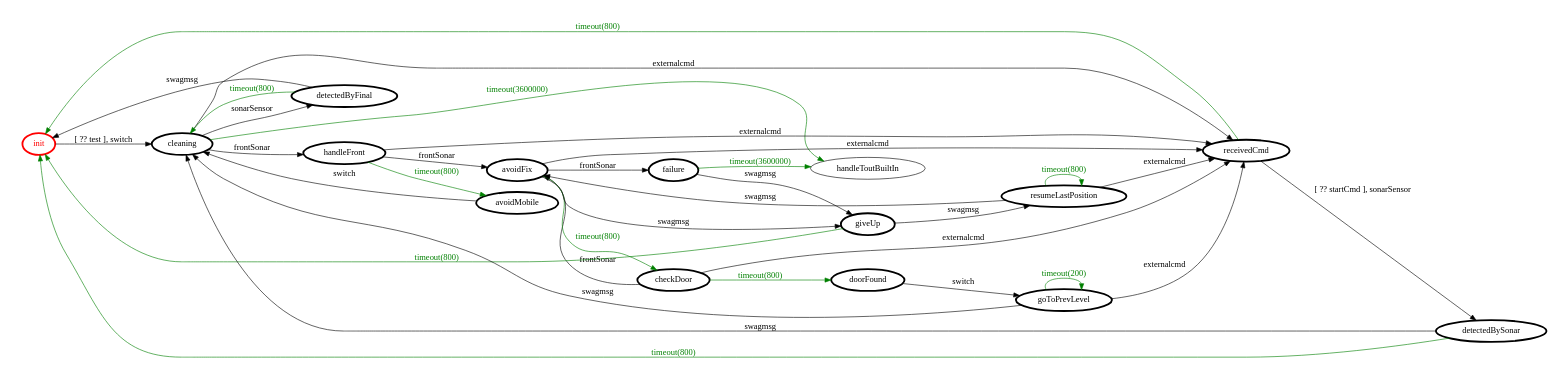
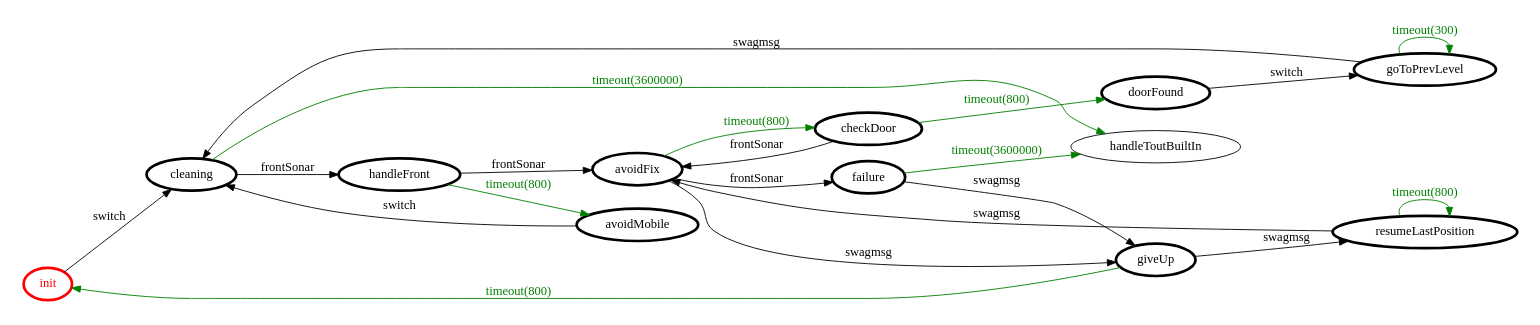
One commit to FFrabetti/ProgettoISS_relazione changed the diagram in it.unibo.finalTask2018/srcMore/it/unibo/swag4/swag4.gv. Above: the diagram before and after it, drawn with Graphviz. The commit also changed 22 other files, not shown here.

```diff
--- a/it.unibo.finalTask2018/srcMore/it/unibo/swag4/swag4.gv
+++ b/it.unibo.finalTask2018/srcMore/it/unibo/swag4/swag4.gv
@@ -1,60 +1,44 @@
 /*
 *
 * A GraphViz DOT FSM description 
 * Please use a GraphViz visualizer (like http://www.webgraphviz.com)
 *  
 */
 
 digraph finite_state_machine {
 	rankdir=LR
 	size="8,5"
 	
 	init [ color = red ][ fontcolor = red ][ penwidth = 3 ]
 	cleaning [ color = black ][ fontcolor = black ][ penwidth = 3 ]
+	avoidFix [ color = black ][ fontcolor = black ][ penwidth = 3 ]
 	handleFront [ color = black ][ fontcolor = black ][ penwidth = 3 ]
-	detectedByFinal [ color = black ][ fontcolor = black ][ penwidth = 3 ]
-	checkDoor [ color = black ][ fontcolor = black ][ penwidth = 3 ]
-	giveUp [ color = black ][ fontcolor = black ][ penwidth = 3 ]
-	avoidFix [ color = black ][ fontcolor = black ][ penwidth = 3 ]
 	failure [ color = black ][ fontcolor = black ][ penwidth = 3 ]
 	goToPrevLevel [ color = black ][ fontcolor = black ][ penwidth = 3 ]
 	resumeLastPosition [ color = black ][ fontcolor = black ][ penwidth = 3 ]
+	checkDoor [ color = black ][ fontcolor = black ][ penwidth = 3 ]
 	doorFound [ color = black ][ fontcolor = black ][ penwidth = 3 ]
-	detectedBySonar [ color = black ][ fontcolor = black ][ penwidth = 3 ]
-	receivedCmd [ color = black ][ fontcolor = black ][ penwidth = 3 ]
+	giveUp [ color = black ][ fontcolor = black ][ penwidth = 3 ]
 	avoidMobile [ color = black ][ fontcolor = black ][ penwidth = 3 ]
 	
 	cleaning -> handleToutBuiltIn [ label = "timeout(3600000)" ][ color = green ][ fontcolor = green ]
-	goToPrevLevel -> goToPrevLevel [ label = "timeout(200)" ][ color = green ][ fontcolor = green ]
+	handleFront -> avoidFix [ label = "frontSonar" ][ color = black ][ fontcolor = black ]
+	goToPrevLevel -> goToPrevLevel [ label = "timeout(300)" ][ color = green ][ fontcolor = green ]
 	checkDoor -> avoidFix [ label = "frontSonar" ][ color = black ][ fontcolor = black ]
+	goToPrevLevel -> cleaning [ label = "swagmsg" ][ color = black ][ fontcolor = black ]
 	avoidFix -> failure [ label = "frontSonar" ][ color = black ][ fontcolor = black ]
-	detectedBySonar -> init [ label = "timeout(800)" ][ color = green ][ fontcolor = green ]
 	avoidMobile -> cleaning [ label = "switch" ][ color = black ][ fontcolor = black ]
+	cleaning -> handleFront [ label = "frontSonar" ][ color = black ][ fontcolor = black ]
 	avoidFix -> checkDoor [ label = "timeout(800)" ][ color = green ][ fontcolor = green ]
+	init -> cleaning [ label = "switch" ][ color = black ][ fontcolor = black ]
+	checkDoor -> doorFound [ label = "timeout(800)" ][ color = green ][ fontcolor = green ]
 	avoidFix -> giveUp [ label = "swagmsg" ][ color = black ][ fontcolor = black ]
-	checkDoor -> receivedCmd [ label = "externalcmd" ][ color = black ][ fontcolor = black ]
+	giveUp -> init [ label = "timeout(800)" ][ color = green ][ fontcolor = green ]
+	failure -> handleToutBuiltIn [ label = "timeout(3600000)" ][ color = green ][ fontcolor = green ]
 	giveUp -> resumeLastPosition [ label = "swagmsg" ][ color = black ][ fontcolor = black ]
-	detectedBySonar -> cleaning [ label = "swagmsg" ][ color = black ][ fontcolor = black ]
 	failure -> giveUp [ label = "swagmsg" ][ color = black ][ fontcolor = black ]
-	receivedCmd -> init [ label = "timeout(800)" ][ color = green ][ fontcolor = green ]
 	doorFound -> goToPrevLevel [ label = "switch" ][ color = black ][ fontcolor = black ]
-	avoidFix -> receivedCmd [ label = "externalcmd" ][ color = black ][ fontcolor = black ]
-	cleaning -> detectedByFinal [ label = "sonarSensor" ][ color = black ][ fontcolor = black ]
+	resumeLastPosition -> avoidFix [ label = "swagmsg" ][ color = black ][ fontcolor = black ]
 	resumeLastPosition -> resumeLastPosition [ label = "timeout(800)" ][ color = green ][ fontcolor = green ]
 	handleFront -> avoidMobile [ label = "timeout(800)" ][ color = green ][ fontcolor = green ]
-	init -> cleaning [ label = "[ ?? test ], switch" ][ color = black ][ fontcolor = black ]
-	detectedByFinal -> init [ label = "swagmsg" ][ color = black ][ fontcolor = black ]
-	handleFront -> avoidFix [ label = "frontSonar" ][ color = black ][ fontcolor = black ]
-	goToPrevLevel -> cleaning [ label = "swagmsg" ][ color = black ][ fontcolor = black ]
-	resumeLastPosition -> receivedCmd [ label = "externalcmd" ][ color = black ][ fontcolor = black ]
-	receivedCmd -> detectedBySonar [ label = "[ ?? startCmd ], sonarSensor" ][ color = black ][ fontcolor = black ]
-	cleaning -> handleFront [ label = "frontSonar" ][ color = black ][ fontcolor = black ]
-	handleFront -> receivedCmd [ label = "externalcmd" ][ color = black ][ fontcolor = black ]
-	checkDoor -> doorFound [ label = "timeout(800)" ][ color = green ][ fontcolor = green ]
-	giveUp -> init [ label = "timeout(800)" ][ color = green ][ fontcolor = green ]
-	failure -> handleToutBuiltIn [ label = "timeout(3600000)" ][ color = green ][ fontcolor = green ]
-	cleaning -> receivedCmd [ label = "externalcmd" ][ color = black ][ fontcolor = black ]
-	detectedByFinal -> cleaning [ label = "timeout(800)" ][ color = green ][ fontcolor = green ]
-	resumeLastPosition -> avoidFix [ label = "swagmsg" ][ color = black ][ fontcolor = black ]
-	goToPrevLevel -> receivedCmd [ label = "externalcmd" ][ color = black ][ fontcolor = black ]
 }
```
